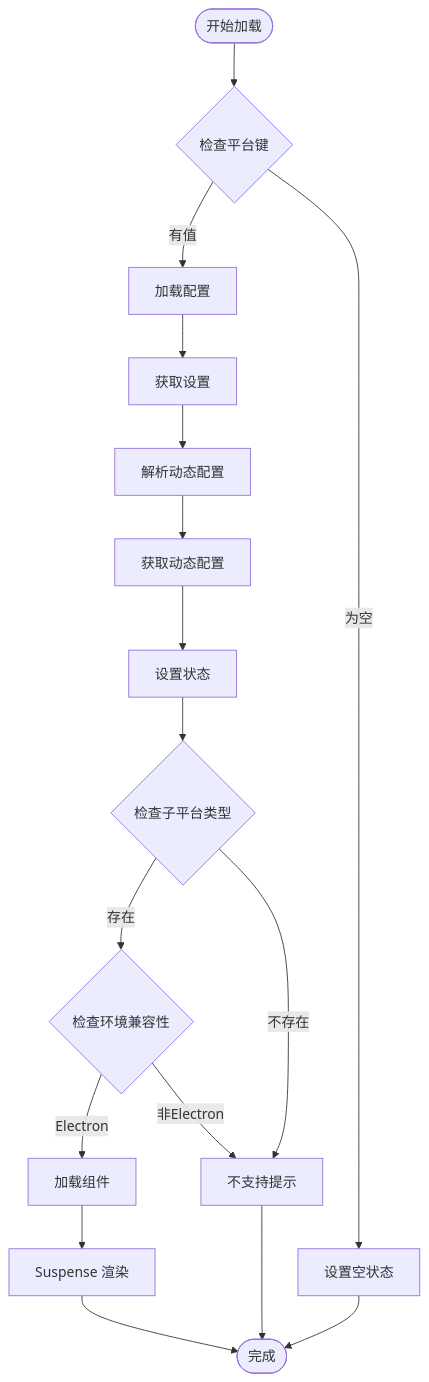
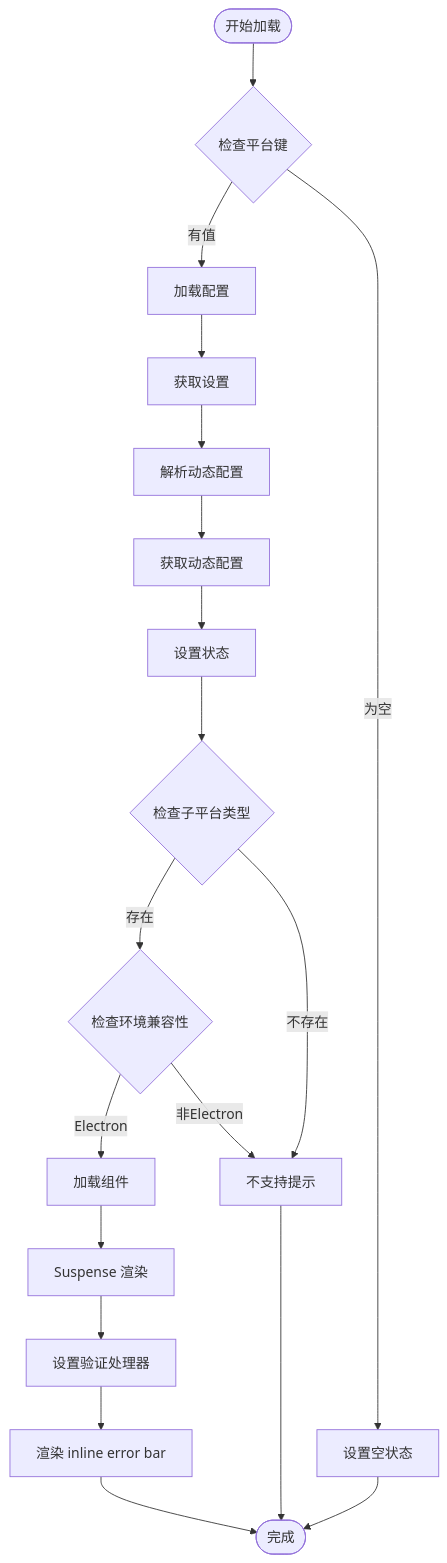
The fourth of 8 diagrams in .qoder/repowiki/zh/content/V2 平台配置桥组件.md (terwer/siyuan-plugin-publisher), drawn with Mermaid before and after one commit. The commit also changed other lines of this file and 15 other files, not shown here.

````diff
--- a/.qoder/repowiki/zh/content/V2 平台配置桥组件.md
+++ b/.qoder/repowiki/zh/content/V2 平台配置桥组件.md
@@ -256,19 +312,21 @@
 ```mermaid
 flowchart TD
 Start([开始加载]) --> CheckKey{检查平台键}
 CheckKey --> |为空| EmptyKey[设置空状态]
 CheckKey --> |有值| LoadConfig[加载配置]
 LoadConfig --> GetSetting[获取设置]
 GetSetting --> ParseDynamic[解析动态配置]
 ParseDynamic --> GetDynCfg[获取动态配置]
 GetDynCfg --> SetState[设置状态]
 SetState --> CheckSubtype{检查子平台类型}
 CheckSubtype --> |存在| CheckEnv{检查环境兼容性}
 CheckEnv --> |Electron| LoadComponent[加载组件]
 CheckEnv --> |非Electron| NoSupport[不支持提示]
 CheckSubtype --> |不存在| NoSupport
 LoadComponent --> Suspense[Suspense 渲染]
-Suspense --> End([完成])
+Suspense --> SetupValidation[设置验证处理器]
+SetupValidation --> RenderErrorBar[渲染 inline error bar]
+RenderErrorBar --> End([完成])
 NoSupport --> End
 EmptyKey --> End
 ```
````
